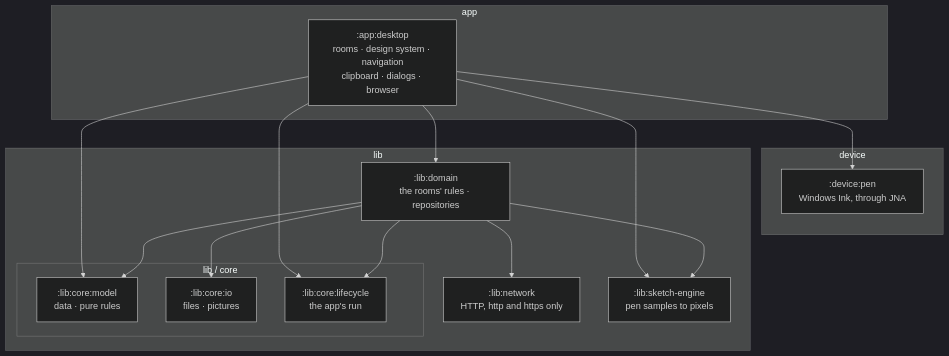
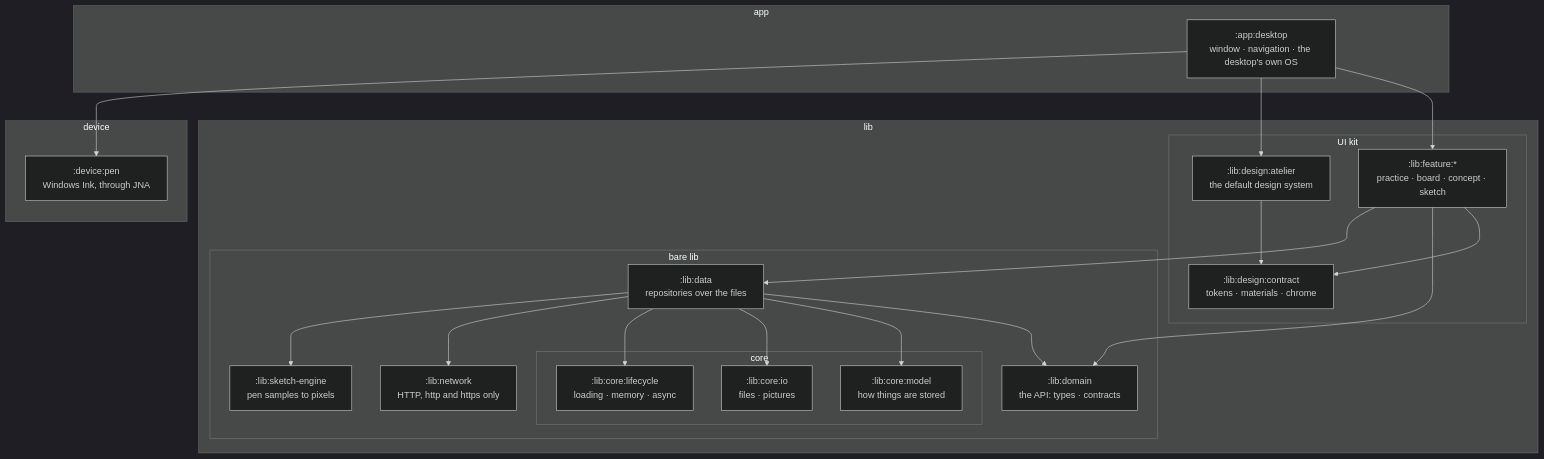
One commit to cwellm/ActionDraw changed the first of 2 diagrams in docs/Architecture.md. Above: the diagram before and after it, drawn with Mermaid (dark theme). The commit also changed other lines of this file and 1 other file, not shown here.

First line of the commit message:
M10 revised again: a bare lib, a UI kit on it, the desktop on top

````diff
--- a/docs/Architecture.md
+++ b/docs/Architecture.md
@@ -14,29 +17,40 @@
 ```mermaid
 flowchart TB
   subgraph APP["app"]
-    desktop[":app:desktop<br/>rooms · design system · navigation<br/>clipboard · dialogs · browser"]
+    desktop[":app:desktop<br/>window · navigation · the desktop's own OS"]
   end
   subgraph DEVICE["device"]
     pen[":device:pen<br/>Windows Ink, through JNA"]
   end
   subgraph LIB["lib"]
-    domain[":lib:domain<br/>the rooms' rules · repositories"]
-    network[":lib:network<br/>HTTP, http and https only"]
-    engine[":lib:sketch-engine<br/>pen samples to pixels"]
-    subgraph CORE["lib / core"]
-      model[":lib:core:model<br/>data · pure rules"]
-      io[":lib:core:io<br/>files · pictures"]
-      lifecycle[":lib:core:lifecycle<br/>the app's run"]
+    subgraph UI["UI kit"]
+      features[":lib:feature:*<br/>practice · board · concept · sketch"]
+      atelier[":lib:design:atelier<br/>the default design system"]
+      contract[":lib:design:contract<br/>tokens · materials · chrome"]
+    end
+    subgraph BARE["bare lib"]
+      data[":lib:data<br/>repositories over the files"]
+      domain[":lib:domain<br/>the API: types · contracts"]
+      network[":lib:network<br/>HTTP, http and https only"]
+      engine[":lib:sketch-engine<br/>pen samples to pixels"]
+      subgraph CORE["core"]
+        model[":lib:core:model<br/>how things are stored"]
+        io[":lib:core:io<br/>files · pictures"]
+        lifecycle[":lib:core:lifecycle<br/>loading · memory · async"]
+      end
     end
   end
-  desktop --> domain
-  desktop --> model
-  desktop --> lifecycle
-  desktop --> engine
+  desktop --> features
+  desktop --> atelier
   desktop --> pen
-  domain --> model
-  domain --> io
-  domain --> lifecycle
-  domain --> network
-  domain --> engine
+  features --> contract
+  features --> domain
+  features --> data
+  atelier --> contract
+  data --> domain
+  data --> model
+  data --> io
+  data --> lifecycle
+  data --> network
+  data --> engine
 ```
````
